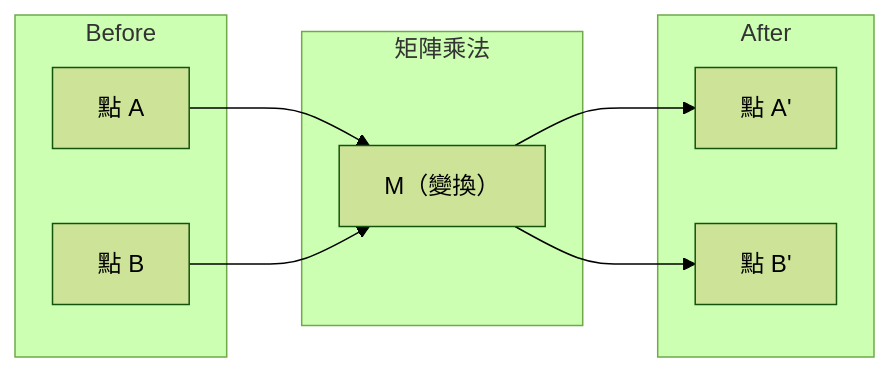
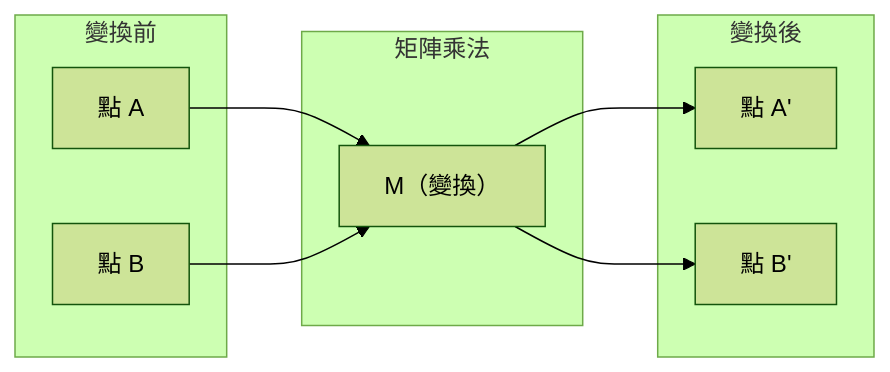
The first of 2 diagrams in i18n/zh-TW/phases/01-math-foundations/01-linear-algebra-intuition/docs/zh-TW.md (edward821220/ai-engineering-from-scratch), drawn with Mermaid (forest theme) before and after one commit. The commit also changed 123 other files, not shown here.

````diff
--- a/i18n/zh-TW/phases/01-math-foundations/01-linear-algebra-intuition/docs/zh-TW.md
+++ b/i18n/zh-TW/phases/01-math-foundations/01-linear-algebra-intuition/docs/zh-TW.md
@@ -46,18 +46,18 @@
 ```mermaid
 graph LR
-    subgraph Before
+    subgraph 變換前
         A["點 A"]
         B["點 B"]
     end
     subgraph Matrix["矩陣乘法"]
         M["M（變換）"]
     end
-    subgraph After
+    subgraph 變換後
         A2["點 A'"]
         B2["點 B'"]
     end
     A --> M
     B --> M
     M --> A2
     M --> B2
 ```
````
